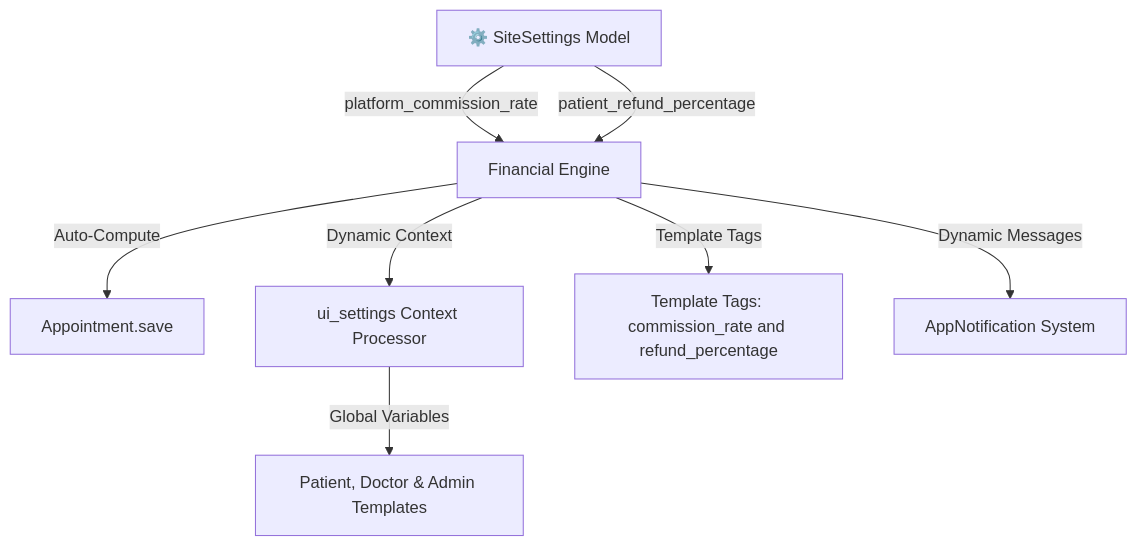
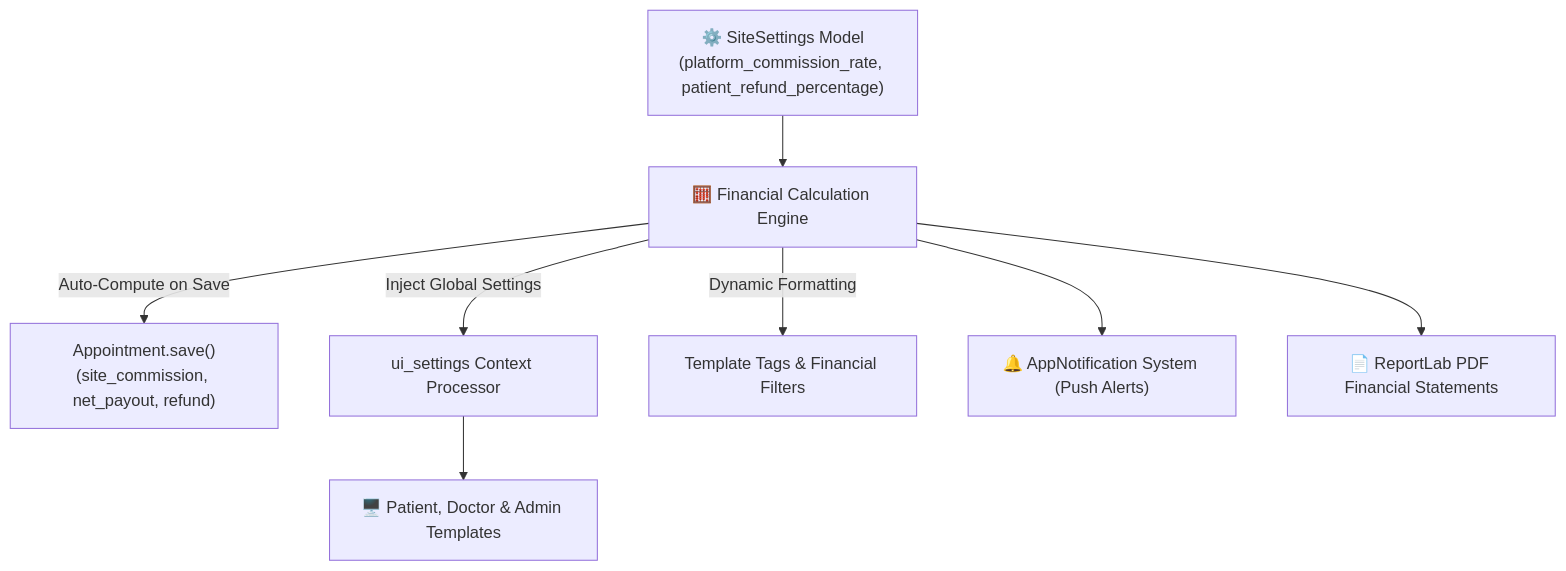
The first of 3 diagrams in README.md (udoydev/CareBride_AI), drawn with Mermaid before and after one commit. The commit also changed other lines of this file, not shown here.

First line of the commit message:
Revise README for improved clarity and formatting

````diff
--- a/README.md
+++ b/README.md
@@ -16,12 +113,12 @@
 ```mermaid
 flowchart TD
-    SS[⚙️ SiteSettings Model] -->|platform_commission_rate| Calc[Financial Engine]
-    SS -->|patient_refund_percentage| Calc
+    SS["⚙️ SiteSettings Model\n(platform_commission_rate, patient_refund_percentage)"] --> Calc["🧮 Financial Calculation Engine"]
     
-    Calc -->|Auto-Compute| AptSave[Appointment.save]
-    Calc -->|Dynamic Context| ContextProc[ui_settings Context Processor]
-    Calc -->|Template Tags| Helpers["Template Tags: commission_rate and refund_percentage"]
+    Calc -->|Auto-Compute on Save| AptSave["Appointment.save()\n(site_commission, net_payout, refund)"]
+    Calc -->|Inject Global Settings| ContextProc["ui_settings Context Processor"]
+    Calc -->|Dynamic Formatting| Helpers["Template Tags & Financial Filters"]
     
-    ContextProc -->|Global Variables| UI[Patient, Doctor & Admin Templates]
-    Calc -->|Dynamic Messages| Notif[AppNotification System]
+    ContextProc --> UI["🖥️ Patient, Doctor & Admin Templates"]
+    Calc --> Notif["🔔 AppNotification System (Push Alerts)"]
+    Calc --> PDF["📄 ReportLab PDF Financial Statements"]
 ```
````
